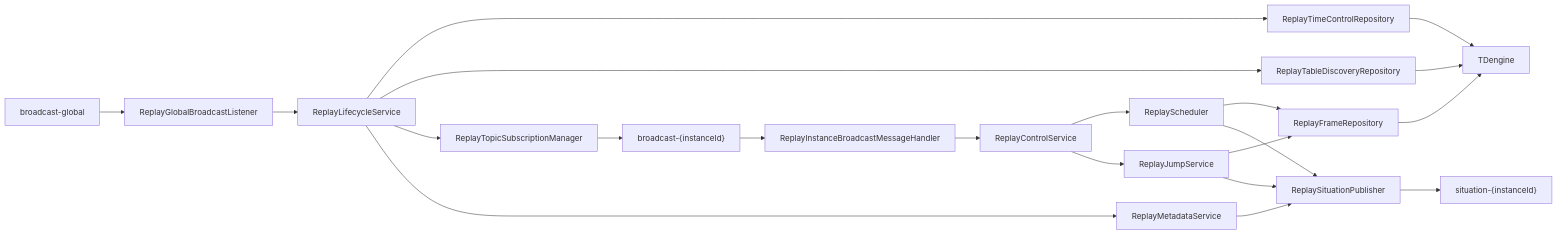
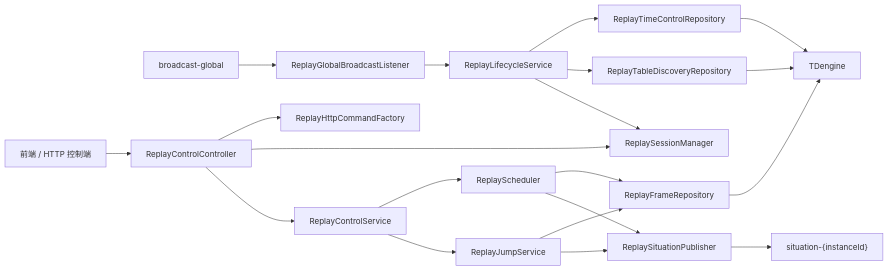
Before and after one commit to wangbinio/logger-server: the third of 3 diagrams in ARCHITECTURE.md, drawn with Mermaid. The commit also changed other lines of this file and 18 other files, not shown here.

````diff
--- a/ARCHITECTURE.md
+++ b/ARCHITECTURE.md
@@ -265,32 +268,34 @@
 ```mermaid
 flowchart LR
     GlobalTopic["broadcast-global"]
-    ControlTopic["broadcast-{instanceId}"]
+    HttpClient["前端 / HTTP 控制端"]
     SituationTopic["situation-{instanceId}"]
     GlobalListener["ReplayGlobalBroadcastListener"]
-    TopicManager["ReplayTopicSubscriptionManager"]
-    ControlHandler["ReplayInstanceBroadcastMessageHandler"]
+    HttpController["ReplayControlController"]
     LifecycleService["ReplayLifecycleService"]
     ControlService["ReplayControlService"]
-    MetadataService["ReplayMetadataService"]
+    CommandFactory["ReplayHttpCommandFactory"]
+    SessionManager["ReplaySessionManager"]
     Scheduler["ReplayScheduler"]
     JumpService["ReplayJumpService"]
     TableDiscovery["ReplayTableDiscoveryRepository"]
     TimeControl["ReplayTimeControlRepository"]
     FrameRepository["ReplayFrameRepository"]
     Publisher["ReplaySituationPublisher"]
     TDengine["TDengine"]
 
     GlobalTopic --> GlobalListener --> LifecycleService
     LifecycleService --> TimeControl --> TDengine
     LifecycleService --> TableDiscovery --> TDengine
-    LifecycleService --> TopicManager --> ControlTopic
-    LifecycleService --> MetadataService --> Publisher
-    ControlTopic --> ControlHandler --> ControlService
+    LifecycleService --> SessionManager
+    HttpClient --> HttpController
+    HttpController --> CommandFactory
+    HttpController --> SessionManager
+    HttpController --> ControlService
     ControlService --> Scheduler
     ControlService --> JumpService
     Scheduler --> FrameRepository --> TDengine
     JumpService --> FrameRepository
     Scheduler --> Publisher --> SituationTopic
     JumpService --> Publisher
 ```
````
